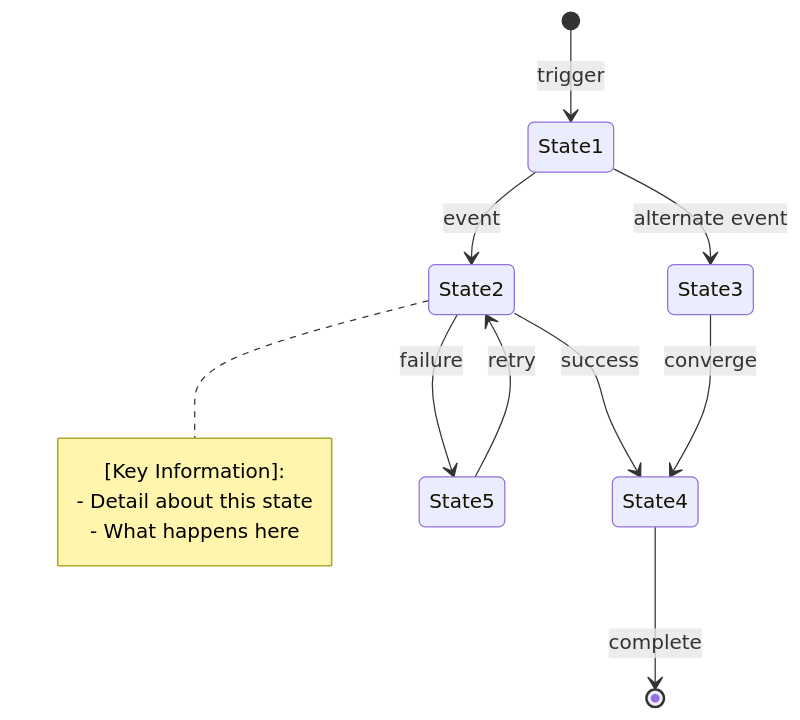
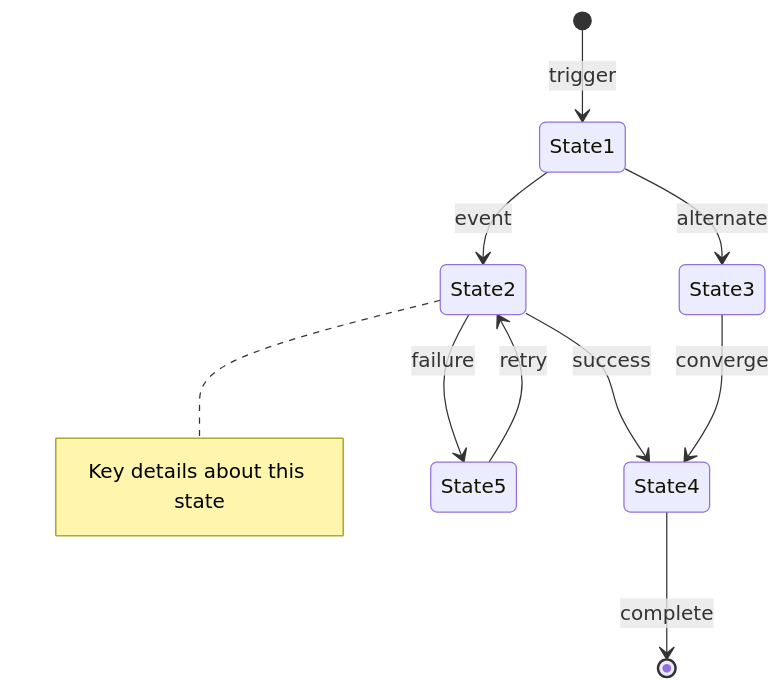
One commit to Duccci/Zenos-Planner changed the diagram in templates/architecture-templates/lifecycle-template.md. Above: the diagram before and after it, drawn with Mermaid. The commit also changed other lines of this file and 155 other files, not shown here.

````diff
--- a/templates/architecture-templates/lifecycle-template.md
+++ b/templates/architecture-templates/lifecycle-template.md
@@ -15,22 +13,15 @@
 ```mermaid
 stateDiagram-v2
     [*] --> State1: trigger
-    
     State1 --> State2: event
-    State1 --> State3: alternate event
-    
+    State1 --> State3: alternate
     State2 --> State4: success
     State2 --> State5: failure
-    
     State5 --> State2: retry
-    
     State3 --> State4: converge
-    
     State4 --> [*]: complete
-    
+
     note right of State2
-        [Key Information]:
-        - Detail about this state
-        - What happens here
+        Key details about this state
     end note
 ```
````
